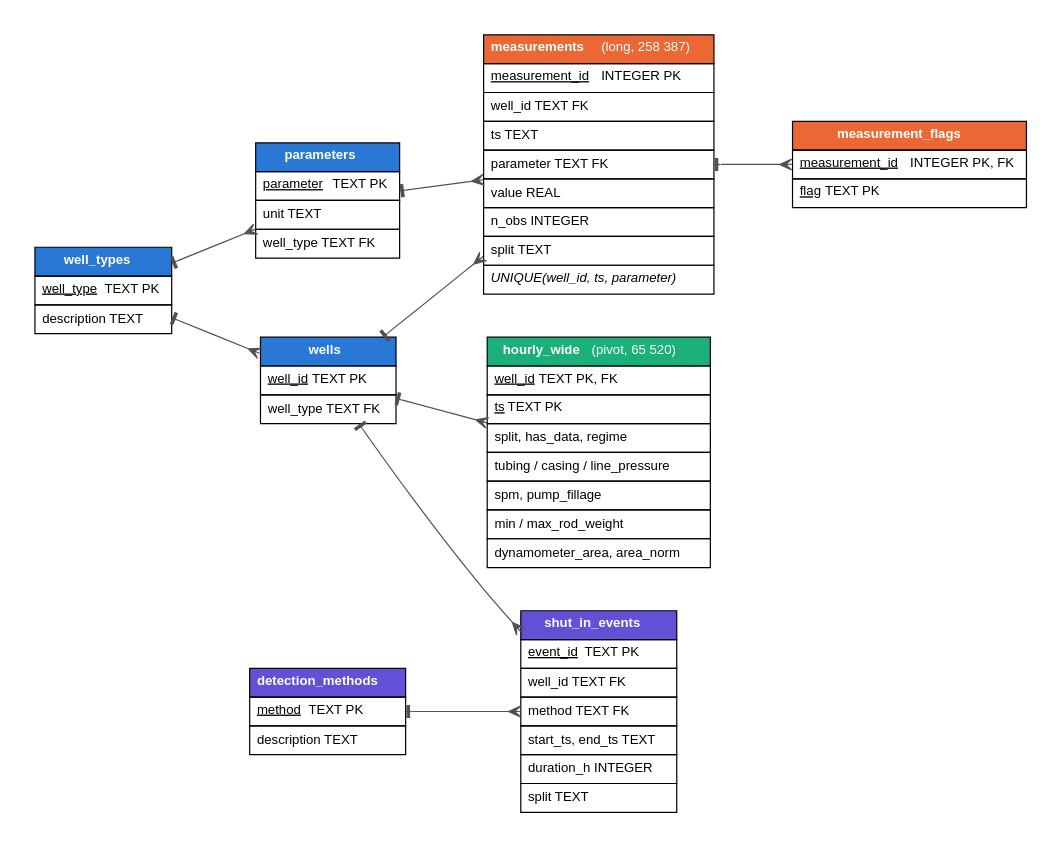
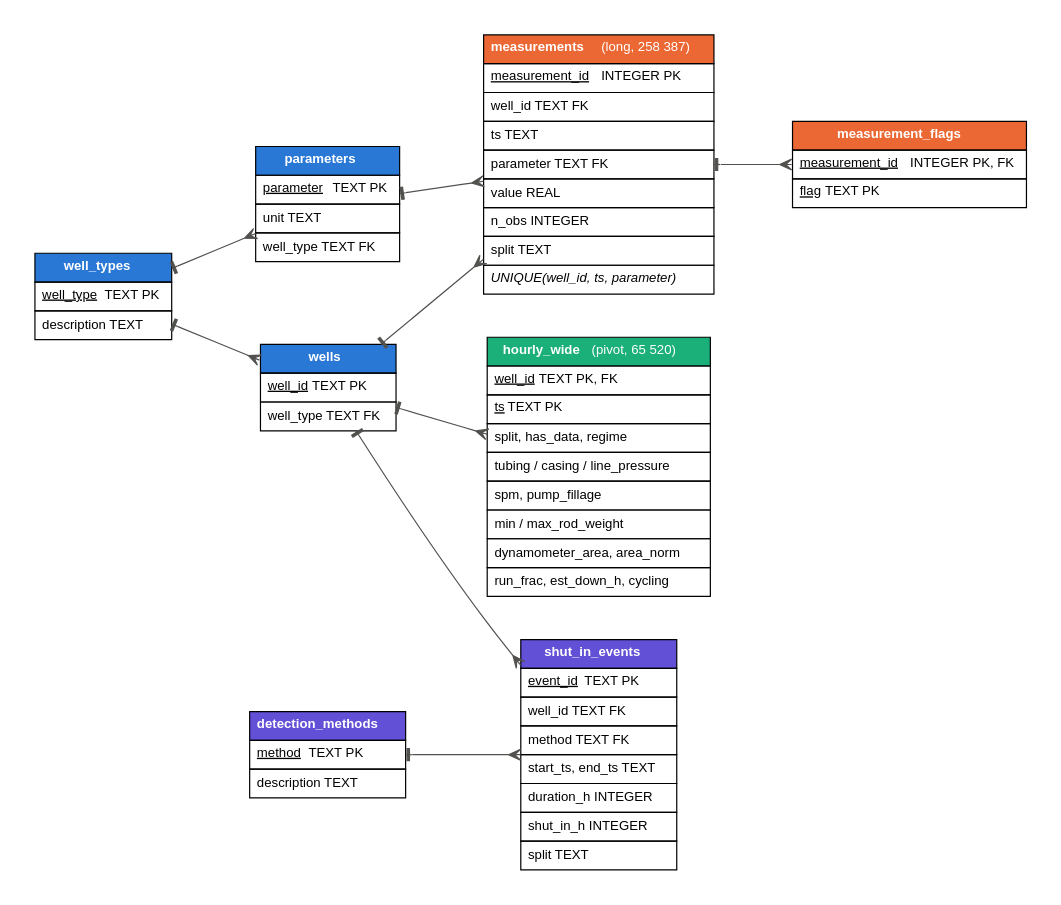
One commit to qzqbala/Shut-in-Event-Detection-in-NK-Oil-Well-Sensor-Data changed the diagram in docs/er_diagram.dot. Above: the diagram before and after it, drawn with Graphviz. The commit also changed 45 other files, not shown here.

```diff
--- a/docs/er_diagram.dot
+++ b/docs/er_diagram.dot
@@ -1,70 +1,72 @@
 digraph ER {
   graph [rankdir=LR, fontname="Helvetica", bgcolor="white", pad=0.3, nodesep=0.5, ranksep=0.9];
   node  [shape=plain, fontname="Helvetica", fontsize=11];
   edge  [fontname="Helvetica", fontsize=9, color="#52514e", arrowhead=crow, arrowtail=tee, dir=both];
 
   well_types [label=<<table border="0" cellborder="1" cellspacing="0" cellpadding="5">
     <tr><td bgcolor="#2a78d6"><font color="white"><b>well_types</b></font></td></tr>
     <tr><td align="left"><u>well_type</u> TEXT PK</td></tr>
     <tr><td align="left">description TEXT</td></tr></table>>];
 
   wells [label=<<table border="0" cellborder="1" cellspacing="0" cellpadding="5">
     <tr><td bgcolor="#2a78d6"><font color="white"><b>wells</b></font></td></tr>
     <tr><td align="left"><u>well_id</u> TEXT PK</td></tr>
     <tr><td align="left">well_type TEXT FK</td></tr></table>>];
 
   parameters [label=<<table border="0" cellborder="1" cellspacing="0" cellpadding="5">
     <tr><td bgcolor="#2a78d6"><font color="white"><b>parameters</b></font></td></tr>
     <tr><td align="left"><u>parameter</u> TEXT PK</td></tr>
     <tr><td align="left">unit TEXT</td></tr>
     <tr><td align="left">well_type TEXT FK</td></tr></table>>];
 
   measurements [label=<<table border="0" cellborder="1" cellspacing="0" cellpadding="5">
     <tr><td bgcolor="#eb6834"><font color="white"><b>measurements</b> (long, 258 387)</font></td></tr>
     <tr><td align="left"><u>measurement_id</u> INTEGER PK</td></tr>
     <tr><td align="left">well_id TEXT FK</td></tr>
     <tr><td align="left">ts TEXT</td></tr>
     <tr><td align="left">parameter TEXT FK</td></tr>
     <tr><td align="left">value REAL</td></tr>
     <tr><td align="left">n_obs INTEGER</td></tr>
     <tr><td align="left">split TEXT</td></tr>
     <tr><td align="left"><i>UNIQUE(well_id, ts, parameter)</i></td></tr></table>>];
 
   measurement_flags [label=<<table border="0" cellborder="1" cellspacing="0" cellpadding="5">
     <tr><td bgcolor="#eb6834"><font color="white"><b>measurement_flags</b></font></td></tr>
     <tr><td align="left"><u>measurement_id</u> INTEGER PK, FK</td></tr>
     <tr><td align="left"><u>flag</u> TEXT PK</td></tr></table>>];
 
   hourly_wide [label=<<table border="0" cellborder="1" cellspacing="0" cellpadding="5">
     <tr><td bgcolor="#1baf7a"><font color="white"><b>hourly_wide</b> (pivot, 65 520)</font></td></tr>
     <tr><td align="left"><u>well_id</u> TEXT PK, FK</td></tr>
     <tr><td align="left"><u>ts</u> TEXT PK</td></tr>
     <tr><td align="left">split, has_data, regime</td></tr>
     <tr><td align="left">tubing / casing / line_pressure</td></tr>
     <tr><td align="left">spm, pump_fillage</td></tr>
     <tr><td align="left">min / max_rod_weight</td></tr>
-    <tr><td align="left">dynamometer_area, area_norm</td></tr></table>>];
+    <tr><td align="left">dynamometer_area, area_norm</td></tr>
+    <tr><td align="left">run_frac, est_down_h, cycling</td></tr></table>>];
 
   detection_methods [label=<<table border="0" cellborder="1" cellspacing="0" cellpadding="5">
     <tr><td bgcolor="#6250d6"><font color="white"><b>detection_methods</b></font></td></tr>
     <tr><td align="left"><u>method</u> TEXT PK</td></tr>
     <tr><td align="left">description TEXT</td></tr></table>>];
 
   shut_in_events [label=<<table border="0" cellborder="1" cellspacing="0" cellpadding="5">
     <tr><td bgcolor="#6250d6"><font color="white"><b>shut_in_events</b></font></td></tr>
     <tr><td align="left"><u>event_id</u> TEXT PK</td></tr>
     <tr><td align="left">well_id TEXT FK</td></tr>
     <tr><td align="left">method TEXT FK</td></tr>
     <tr><td align="left">start_ts, end_ts TEXT</td></tr>
     <tr><td align="left">duration_h INTEGER</td></tr>
+    <tr><td align="left">shut_in_h INTEGER</td></tr>
     <tr><td align="left">split TEXT</td></tr></table>>];
 
   well_types -> wells;
   well_types -> parameters;
   wells -> measurements;
   parameters -> measurements;
   measurements -> measurement_flags;
   wells -> hourly_wide;
   wells -> shut_in_events;
   detection_methods -> shut_in_events;
 }
```
